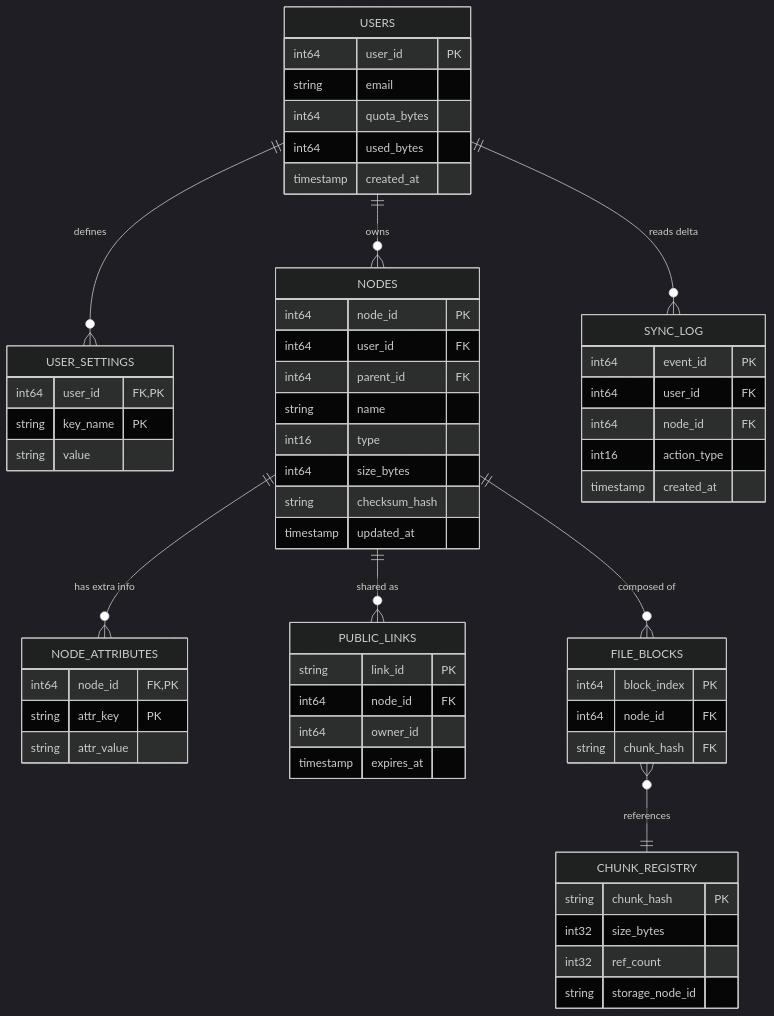
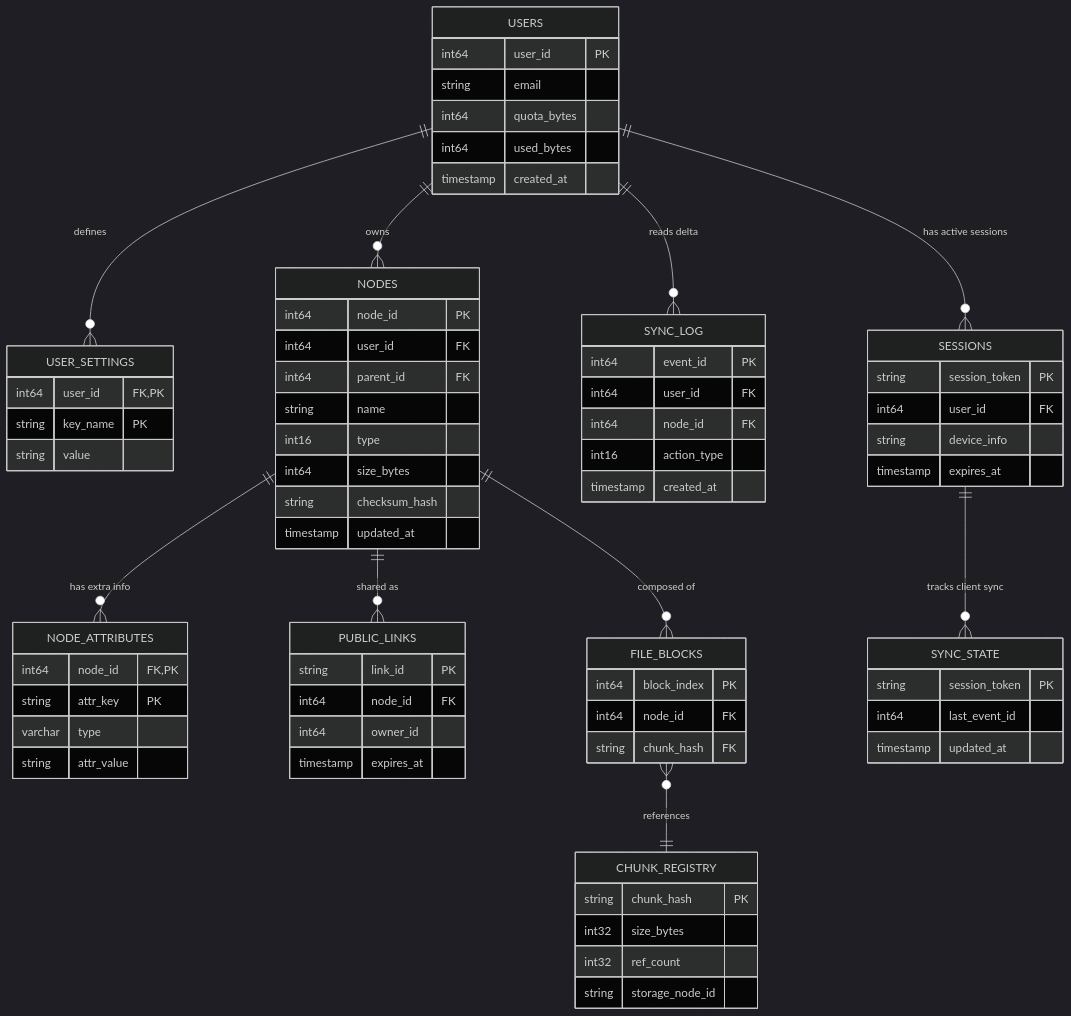
The first of 2 diagrams in README.md (ender019/VK_Highload), drawn with Mermaid (dark theme) before and after one commit. The commit also changed other lines of this file, not shown here.

````diff
--- a/README.md
+++ b/README.md
@@ -277,10 +238,14 @@
     USERS ||--o{ USER_SETTINGS : defines
     USERS ||--o{ NODES : owns
     USERS ||--o{ SYNC_LOG : "reads delta"
+    USERS ||--o{ SESSIONS : "has active sessions"
+
     NODES ||--o{ NODE_ATTRIBUTES : "has extra info"
     NODES ||--o{ PUBLIC_LINKS : "shared as"
     NODES ||--o{ FILE_BLOCKS : "composed of"
+
     FILE_BLOCKS }o--|| CHUNK_REGISTRY : "references"
+    SESSIONS ||--o{ SYNC_STATE : "tracks client sync"
 
     USERS {
         int64 user_id PK
@@ -310,6 +275,7 @@
     NODE_ATTRIBUTES {
         int64 node_id FK,PK
         string attr_key PK
+        varchar type
         string attr_value
     }
 
@@ -340,4 +306,17 @@
         int64 owner_id
         timestamp expires_at
     }
+
+    SESSIONS {
+        string session_token PK
+        int64 user_id FK
+        string device_info
+        timestamp expires_at
+    }
+
+    SYNC_STATE {
+        string session_token PK
+        int64 last_event_id
+        timestamp updated_at
+    }
 ```
````
